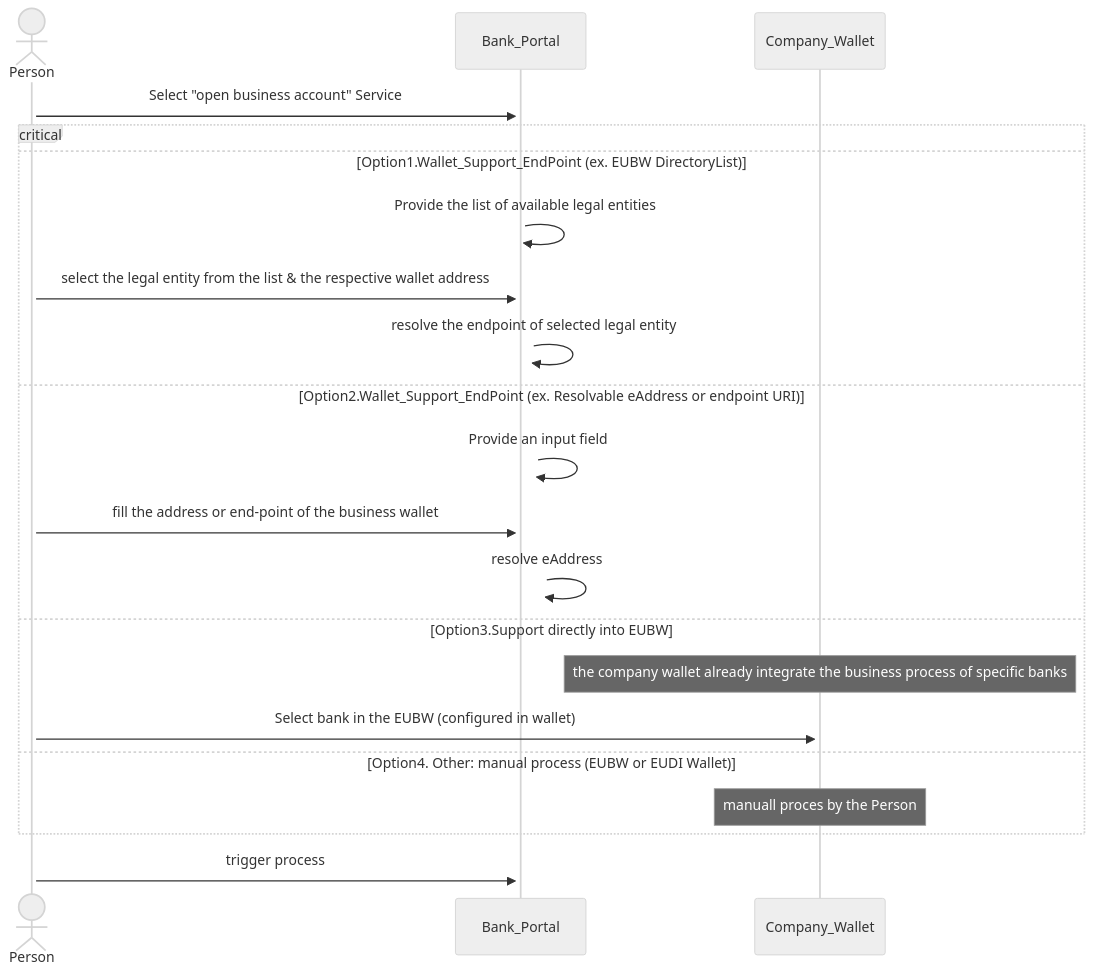
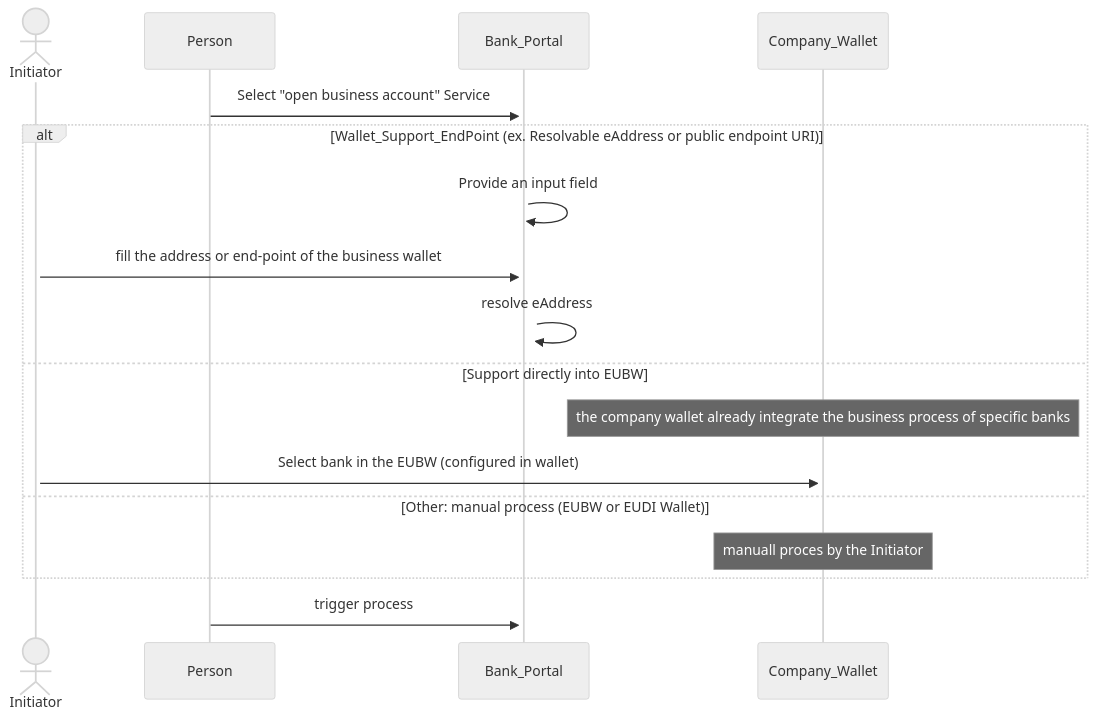
The second of 13 diagrams in PA3/PA3_MVP_Plus.md (DominicHurni/wp3-technology-standards), drawn with Mermaid (neutral theme) before and after one commit. The commit also changed other lines of this file and 2 other files, not shown here.

````diff
--- a/PA3/PA3_MVP_Plus.md
+++ b/PA3/PA3_MVP_Plus.md
@@ -52,22 +53,17 @@
 ```mermaid
 sequenceDiagram
-    actor Person
-    activate Person
+    actor Initiator
+    activate Initiator
     Person->>+Bank_Portal: Select "open business account" Service
-    critical
-    option Option1.Wallet_Support_EndPoint (ex. EUBW DirectoryList)
-        Bank_Portal->>+Bank_Portal : Provide the list of available legal entities
-        Person->>+Bank_Portal: select the legal entity from the list & the respective wallet address
-        Bank_Portal->>+Bank_Portal: resolve the endpoint of selected legal entity
-    option Option2.Wallet_Support_EndPoint (ex. Resolvable eAddress or endpoint URI)
+    alt Wallet_Support_EndPoint (ex. Resolvable eAddress or public endpoint URI)
         Bank_Portal->>+Bank_Portal : Provide an input field
-        Person->>+Bank_Portal: fill the address or end-point of the business wallet
+        Initiator->>+Bank_Portal: fill the address or end-point of the business wallet
         Bank_Portal->>+Bank_Portal: resolve eAddress
-    option Option3.Support directly into EUBW
+    else Support directly into EUBW  
         Note over Company_Wallet: the company wallet already integrate the business process of specific banks
-        Person->>+Company_Wallet: Select bank in the EUBW (configured in wallet)
-    option Option4. Other: manual process (EUBW or EUDI Wallet)
-        Note over Company_Wallet: manuall proces by the Person
+        Initiator->>+Company_Wallet: Select bank in the EUBW (configured in wallet)
+    else Other: manual process (EUBW or EUDI Wallet)
+        Note over Company_Wallet: manuall proces by the Initiator
     end
     Person->>+Bank_Portal: trigger process
 ```
````
